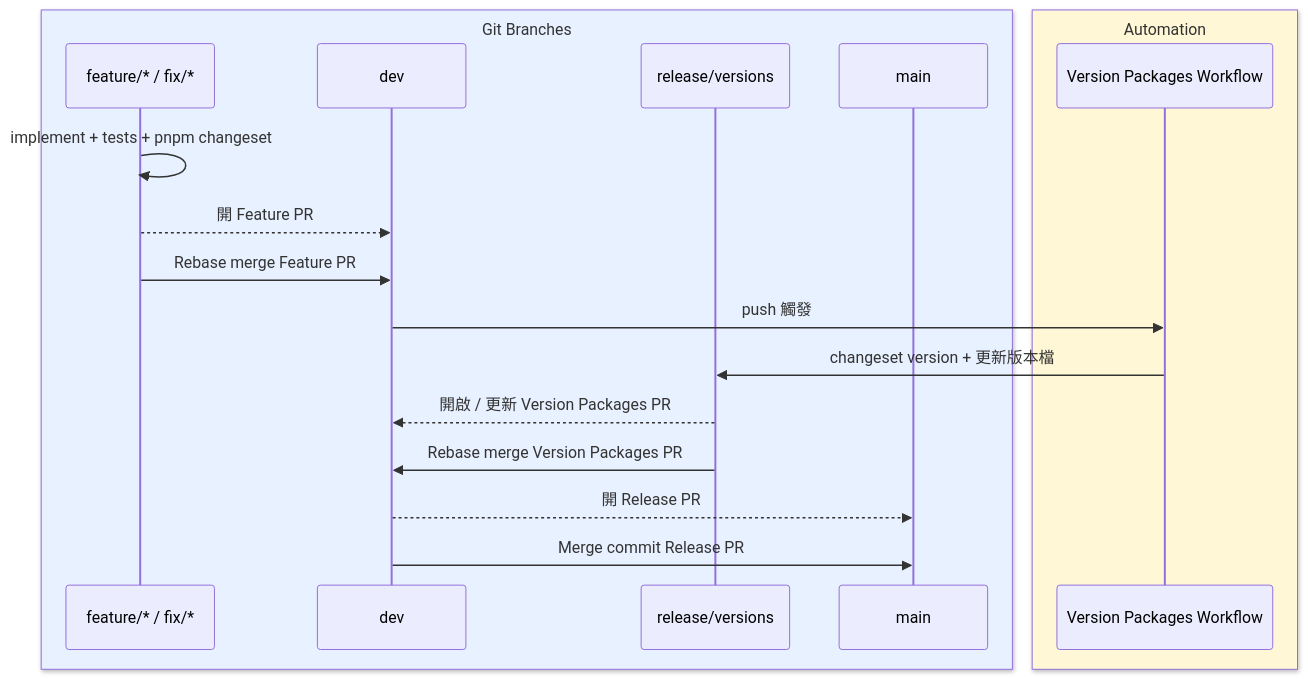
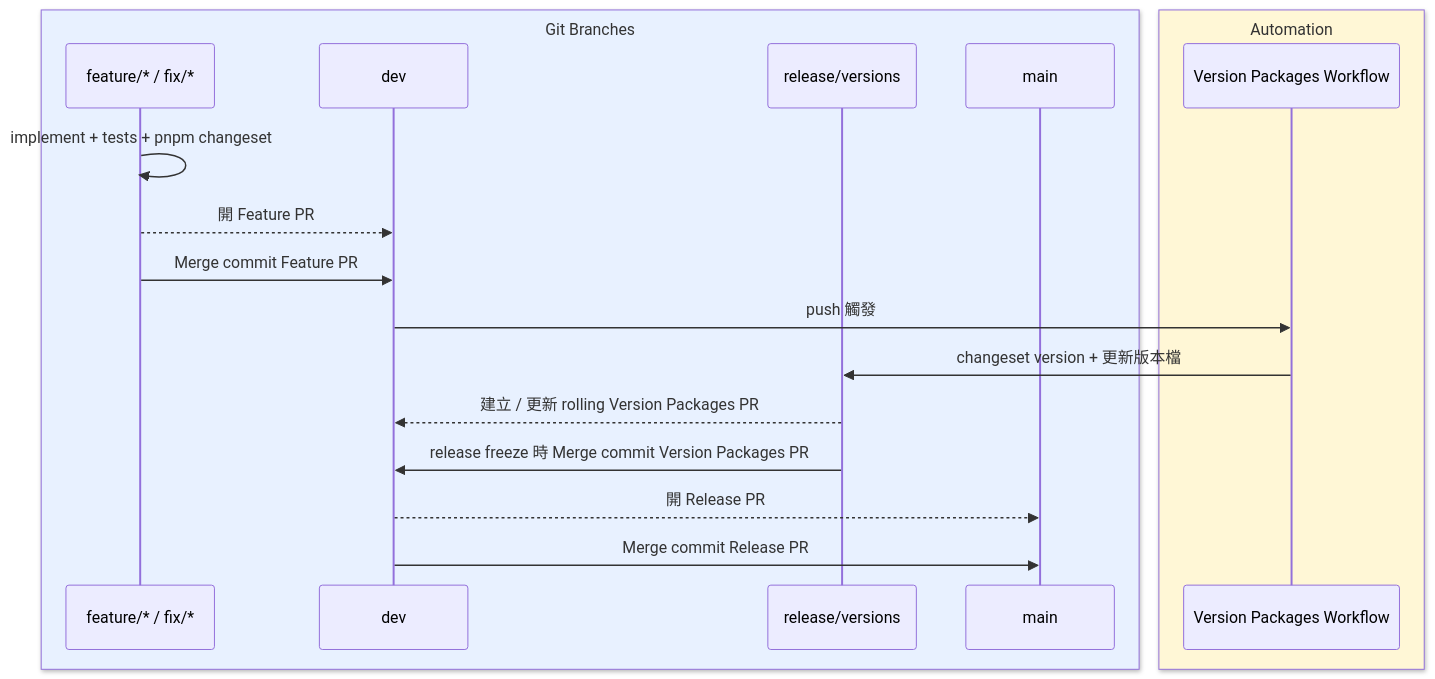
Before and after one commit to jchuder/tw-stock-dashboard: the third of 4 diagrams in docs/versioning-and-releases.md, drawn with Mermaid. The commit also changed other lines of this file and 4 other files, not shown here.

First line of the commit message:
docs(release): Align merge and version PR guidance

````diff
--- a/docs/versioning-and-releases.md
+++ b/docs/versioning-and-releases.md
@@ -170,23 +172,23 @@
 ```mermaid
 sequenceDiagram
   box rgb(232, 241, 255) Git Branches
     participant FEATURE as feature/* / fix/*
     participant DEV as dev
     participant VERSION as release/versions
     participant MAIN as main
   end
 
   box rgb(255, 247, 214) Automation
     participant WF as Version Packages Workflow
   end
 
   FEATURE->>FEATURE: implement + tests + pnpm changeset
   FEATURE-->>DEV: 開 Feature PR
-  FEATURE->>DEV: Rebase merge Feature PR
+  FEATURE->>DEV: Merge commit Feature PR
   DEV->>WF: push 觸發
   WF->>VERSION: changeset version + 更新版本檔
-  VERSION-->>DEV: 開啟 / 更新 Version Packages PR
-  VERSION->>DEV: Rebase merge Version Packages PR
+  VERSION-->>DEV: 建立 / 更新 rolling Version Packages PR
+  VERSION->>DEV: release freeze 時 Merge commit Version Packages PR
   DEV-->>MAIN: 開 Release PR
   DEV->>MAIN: Merge commit Release PR
 ```
````
